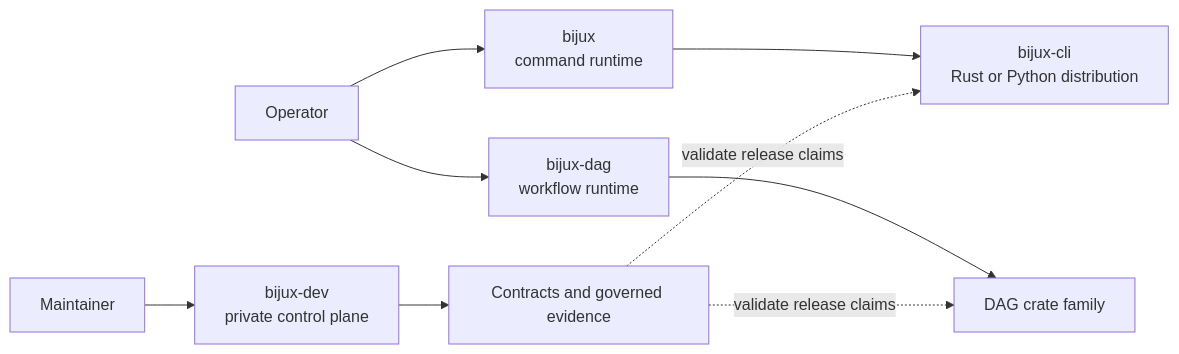
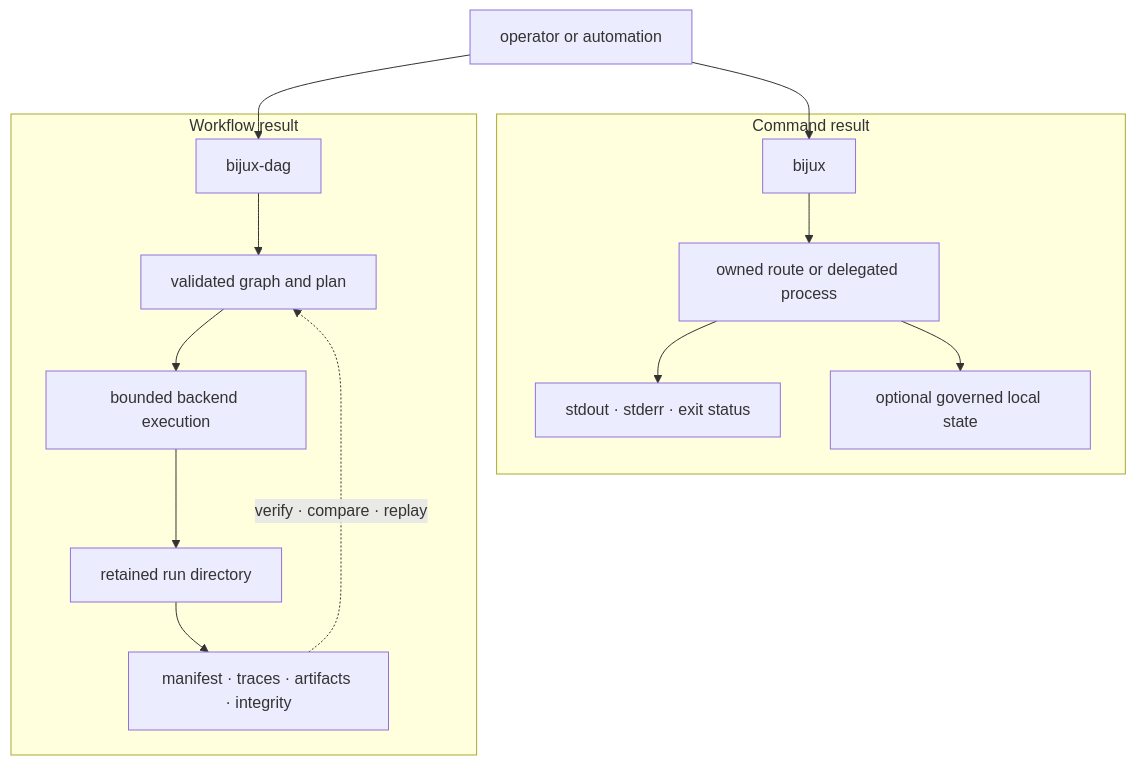
Before and after one commit to bijux/bijux-cli: the first of 2 diagrams in README.md, drawn with Mermaid. The commit also changed other lines of this file and 2 other files, not shown here.

Commit message:
docs(platform): distinguish command and workflow result models

````diff
--- a/README.md
+++ b/README.md
@@ -31,18 +31,26 @@
 ```mermaid
-flowchart LR
-    operator[Operator]
-    maintainer[Maintainer]
-    bijux["bijux<br/>command runtime"]
-    dag["bijux-dag<br/>workflow runtime"]
-    cli_pkg["bijux-cli<br/>Rust or Python distribution"]
-    dag_pkgs["DAG crate family"]
-    governance["bijux-dev<br/>private control plane"]
-    contracts["Contracts and governed evidence"]
+flowchart TB
+    request["operator or automation"]
 
-    operator --> bijux --> cli_pkg
-    operator --> dag --> dag_pkgs
-    maintainer --> governance
-    governance --> contracts
-    contracts -. validate release claims .-> cli_pkg
-    contracts -. validate release claims .-> dag_pkgs
+    subgraph command["Command result"]
+        bijux["bijux"]
+        route["owned route or delegated process"]
+        streams["stdout · stderr · exit status"]
+        state["optional governed local state"]
+        bijux --> route --> streams
+        route --> state
+    end
+
+    subgraph workflow["Workflow result"]
+        dag["bijux-dag"]
+        plan["validated graph and plan"]
+        execute["bounded backend execution"]
+        run["retained run directory"]
+        proof["manifest · traces · artifacts · integrity"]
+        dag --> plan --> execute --> run --> proof
+    end
+
+    request --> bijux
+    request --> dag
+    proof -. "verify · compare · replay" .-> plan
 ```
````
